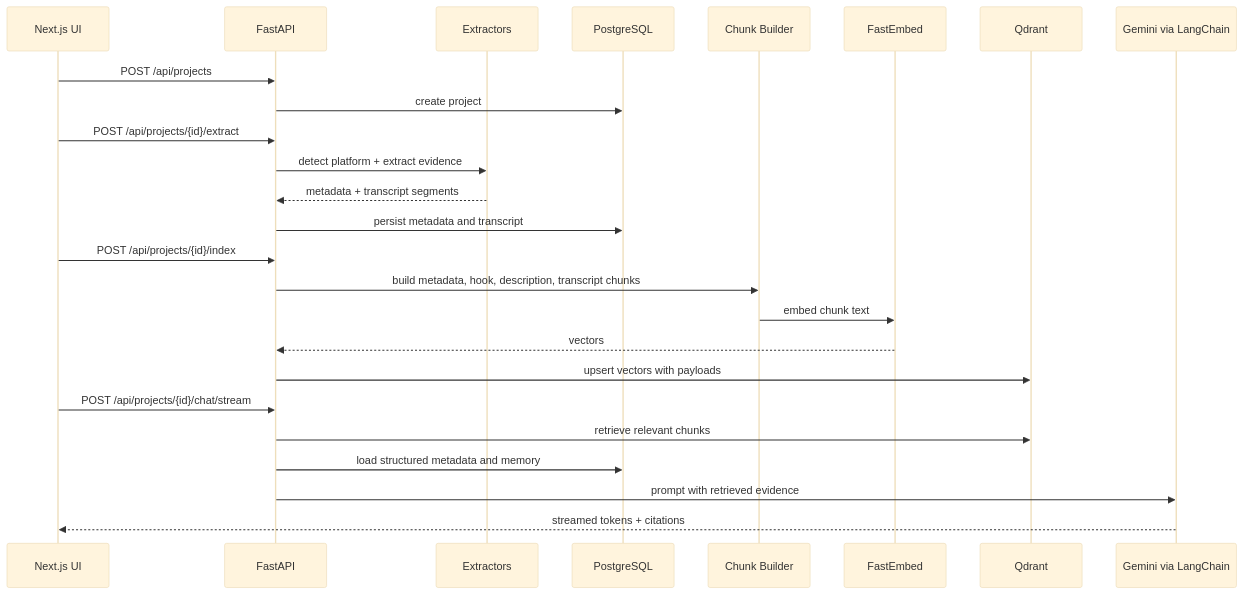
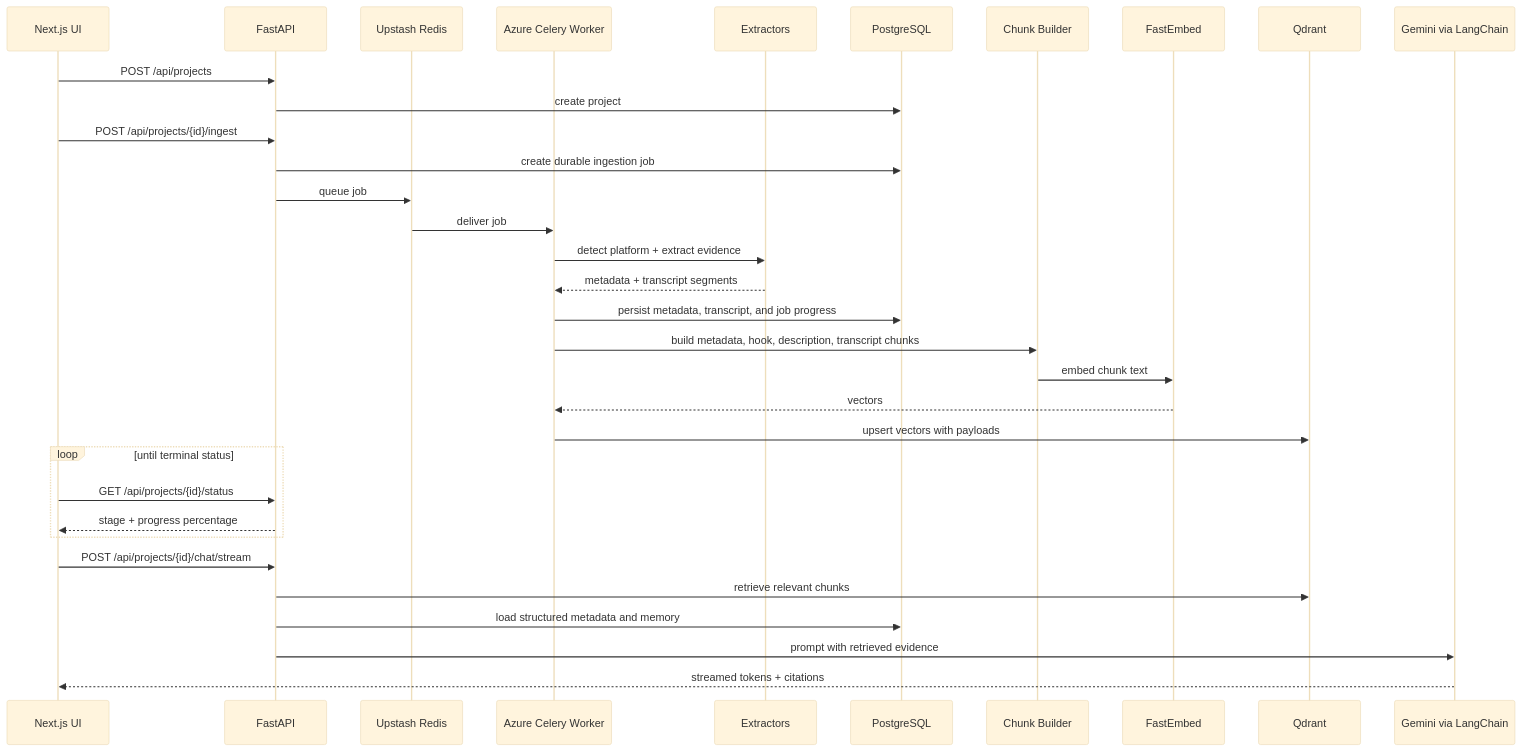
The second of 5 diagrams in README.md (DiloJan-26/CreatorLens-AI), drawn with Mermaid (base theme) before and after one commit. The commit also changed other lines of this file and 6 other files, not shown here.

````diff
--- a/README.md
+++ b/README.md
@@ -115,28 +115,36 @@
 ```mermaid
 sequenceDiagram
     participant UI as Next.js UI
     participant API as FastAPI
+    participant Q as Upstash Redis
+    participant W as Azure Celery Worker
     participant EX as Extractors
     participant DB as PostgreSQL
     participant CB as Chunk Builder
     participant EMB as FastEmbed
     participant VDB as Qdrant
     participant LLM as Gemini via LangChain
 
     UI->>API: POST /api/projects
     API->>DB: create project
-    UI->>API: POST /api/projects/{id}/extract
-    API->>EX: detect platform + extract evidence
-    EX-->>API: metadata + transcript segments
-    API->>DB: persist metadata and transcript
-    UI->>API: POST /api/projects/{id}/index
-    API->>CB: build metadata, hook, description, transcript chunks
+    UI->>API: POST /api/projects/{id}/ingest
+    API->>DB: create durable ingestion job
+    API->>Q: queue job
+    Q->>W: deliver job
+    W->>EX: detect platform + extract evidence
+    EX-->>W: metadata + transcript segments
+    W->>DB: persist metadata, transcript, and job progress
+    W->>CB: build metadata, hook, description, transcript chunks
     CB->>EMB: embed chunk text
-    EMB-->>API: vectors
-    API->>VDB: upsert vectors with payloads
+    EMB-->>W: vectors
+    W->>VDB: upsert vectors with payloads
+    loop until terminal status
+        UI->>API: GET /api/projects/{id}/status
+        API-->>UI: stage + progress percentage
+    end
     UI->>API: POST /api/projects/{id}/chat/stream
     API->>VDB: retrieve relevant chunks
     API->>DB: load structured metadata and memory
     API->>LLM: prompt with retrieved evidence
     LLM-->>UI: streamed tokens + citations
 ```
````
